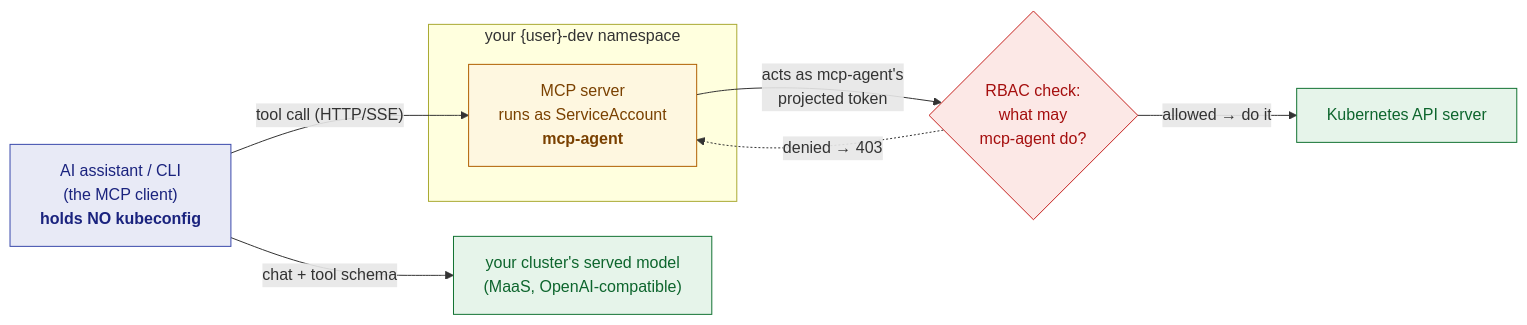
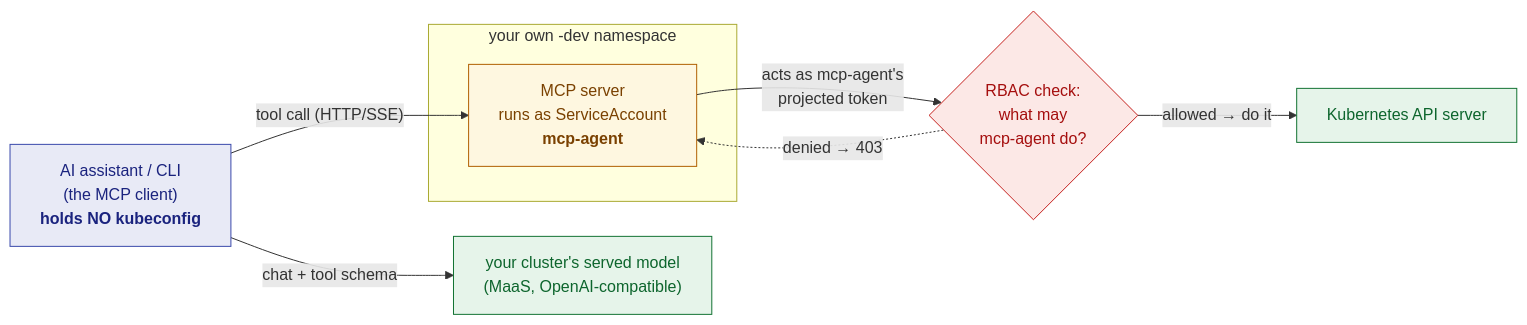
One commit to serhat-dirik/OCP-Getting-Started-Revamped changed the diagram in content/modules/ROOT/examples/diagrams/ai-assisted-development/01-mcp-sa-boundary.mmd. Above: the diagram before and after it, drawn with Mermaid. The commit also changed 10 other files, not shown here.

First line of the commit message:
fix(diagrams): five diagrams have been showing attendees literal {user} since 18 Jul

```diff
--- a/content/modules/ROOT/examples/diagrams/ai-assisted-development/01-mcp-sa-boundary.mmd
+++ b/content/modules/ROOT/examples/diagrams/ai-assisted-development/01-mcp-sa-boundary.mmd
@@ -1,17 +1,17 @@
 graph LR
   cli["AI assistant / CLI<br/>(the MCP client)<br/><b>holds NO kubeconfig</b>"]
-  subgraph ns["your {user}-dev namespace"]
+  subgraph ns["your own -dev namespace"]
     mcp["MCP server<br/>runs as ServiceAccount<br/><b>mcp-agent</b>"]
   end
   api["Kubernetes API server"]
   rbac{"RBAC check:<br/>what may<br/>mcp-agent do?"}
   cli -->|"tool call (HTTP/SSE)"| mcp
   mcp -->|"acts as mcp-agent's<br/>projected token"| rbac
   rbac -->|"allowed → do it"| api
   rbac -.->|"denied → 403"| mcp
   cli -->|"chat + tool schema"| model["your cluster's served model<br/>(MaaS, OpenAI-compatible)"]
   classDef client fill:#e8eaf6,stroke:#3949ab,color:#1a237e;
   classDef server fill:#fef7e0,stroke:#b06000,color:#7a4100;
   classDef gate fill:#fce8e6,stroke:#c5221f,color:#a50e0e;
   classDef ext fill:#e6f4ea,stroke:#137333,color:#0d652d;
   class cli client; class mcp server; class rbac gate; class api,model ext;
```
